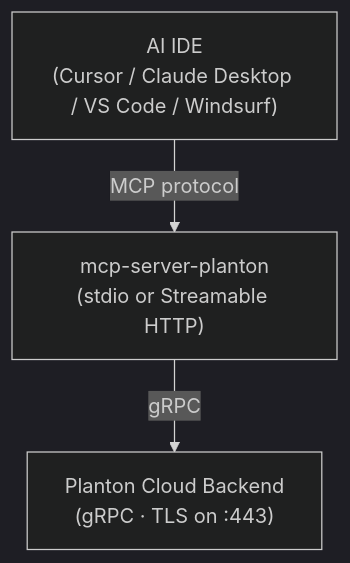
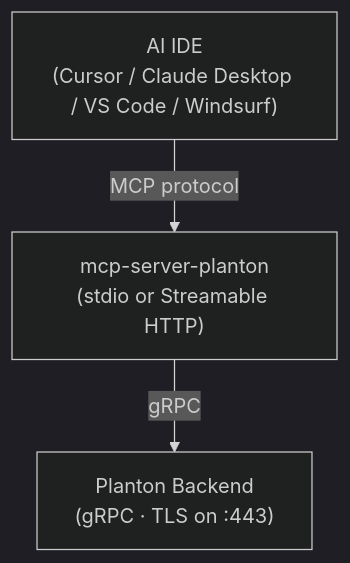
One commit to plantonhq/mcp-server-planton changed the diagram in .cursor/plans/readme_restructure_819d36ab.plan.md. Above: the diagram before and after it, drawn with Mermaid (dark theme). The commit also changed 70 other files, not shown here.

First line of the commit message:
refactor: rename "Planton Cloud" to "Planton" and PLANTON_CLOUD_ENVIRONMENT to PLANTON_ENVIRONMENT (#68)

````diff
--- a/.cursor/plans/readme_restructure_819d36ab.plan.md
+++ b/.cursor/plans/readme_restructure_819d36ab.plan.md
@@ -87,8 +87,8 @@
 ```mermaid
 flowchart TD
     IDE["AI IDE\n(Cursor / Claude Desktop / VS Code / Windsurf)"]
     MCP["mcp-server-planton\n(stdio or Streamable HTTP)"]
-    Backend["Planton Cloud Backend\n(gRPC · TLS on :443)"]
+    Backend["Planton Backend\n(gRPC · TLS on :443)"]
     IDE -->|"MCP protocol"| MCP
     MCP -->|"gRPC"| Backend
 ```
````
